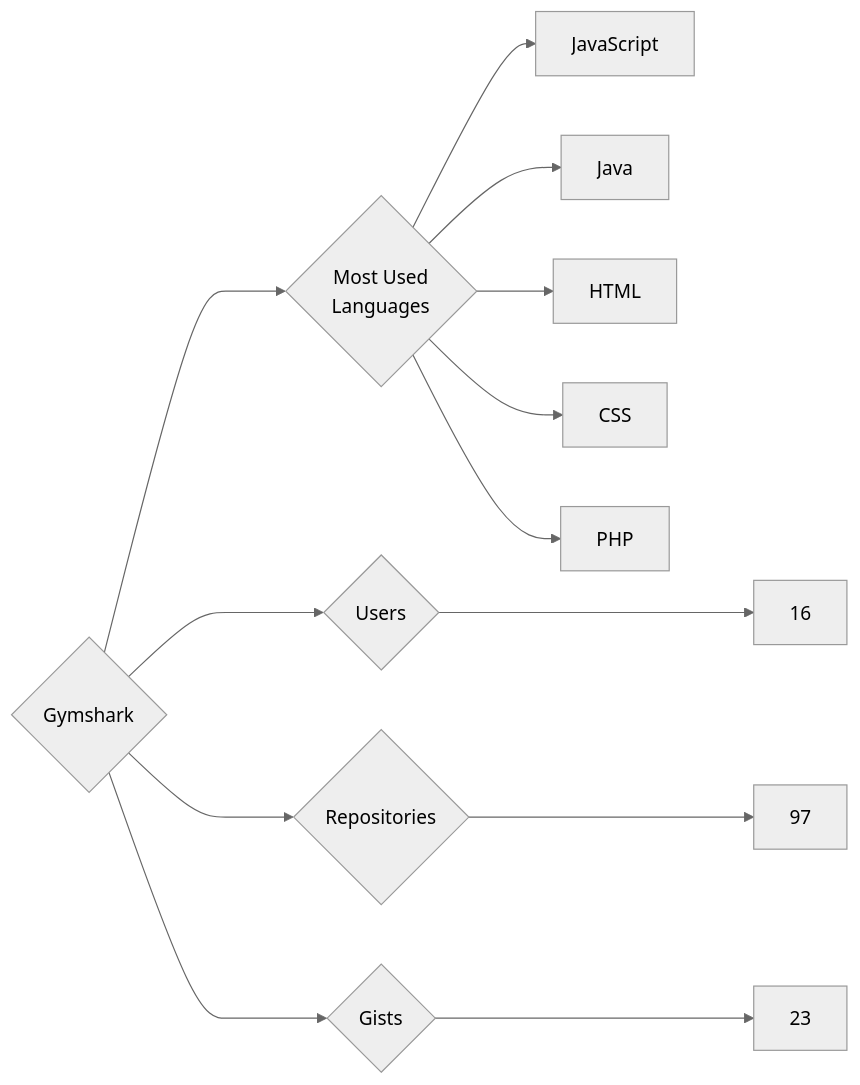
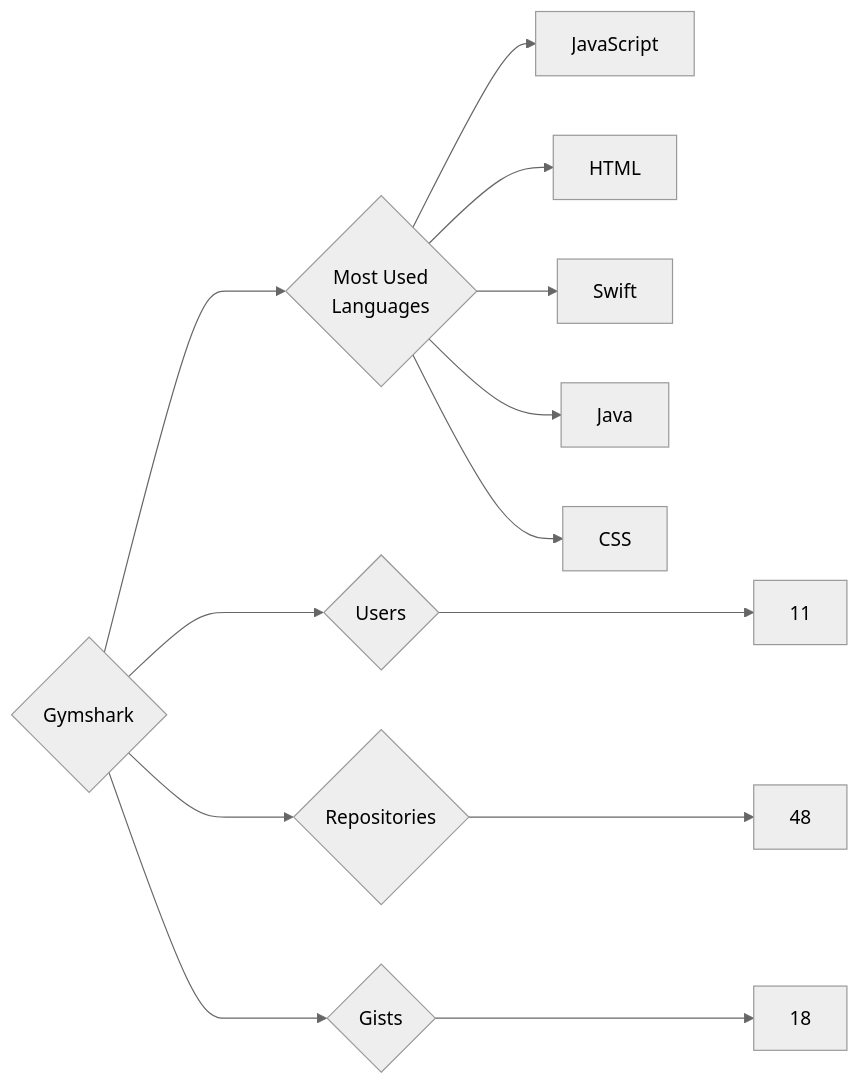
One commit to trickest/insiders changed the diagram in targets/Gymshark/README.md. Above: the diagram before and after it, drawn with Mermaid (neutral theme). The commit also changed 845 other files, not shown here.

````diff
--- a/targets/Gymshark/README.md
+++ b/targets/Gymshark/README.md
@@ -3,13 +3,13 @@
 ```mermaid
 graph LR
 COMPANY_NAME{Gymshark}
-COMPANY_NAME ---> U{Users} ---> UN[16]
-COMPANY_NAME ---> R{Repositories} ---> RN[97]
-COMPANY_NAME ---> G{Gists} ---> GN[23]
+COMPANY_NAME ---> U{Users} ---> UN[11]
+COMPANY_NAME ---> R{Repositories} ---> RN[48]
+COMPANY_NAME ---> G{Gists} ---> GN[18]
 COMPANY_NAME ---> ML{Most Used<br>Languages}
 ML --> JavaScript[JavaScript]
+ML --> HTML[HTML]
+ML --> Swift[Swift]
 ML --> Java[Java]
-ML --> HTML[HTML]
 ML --> CSS[CSS]
-ML --> PHP[PHP]
 ```
````
